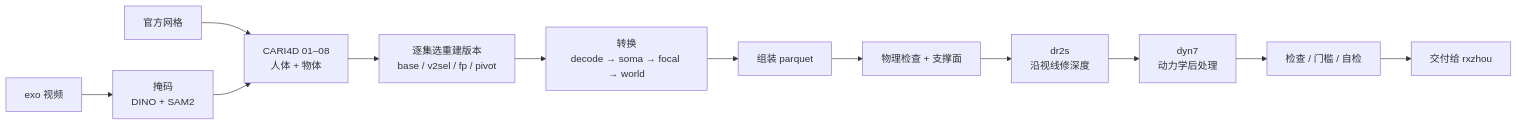
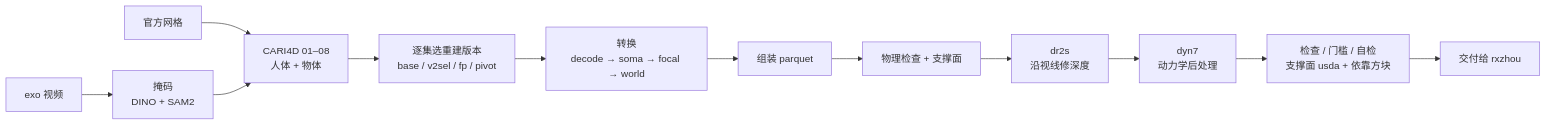
One commit to Manifold-ai/maniphys_lab_v2d_challenge changed the diagram in agent-doc/overview-tier3-pipeline-2026-10-20.md. Above: the diagram before and after it, drawn with Mermaid. The commit also changed other lines of this file, not shown here.

````diff
--- a/agent-doc/overview-tier3-pipeline-2026-10-20.md
+++ b/agent-doc/overview-tier3-pipeline-2026-10-20.md
@@ -27,14 +33,14 @@
 ```mermaid
 flowchart LR
   V[exo 视频] --> M[掩码<br/>DINO + SAM2]
   G[官方网格] --> C
   M --> C[CARI4D 01–08<br/>人体 + 物体]
   C --> S[逐集选重建版本<br/>base / v2sel / fp / pivot]
   S --> T[转换<br/>decode → soma → focal → world]
   T --> A[组装 parquet]
   A --> P1[物理检查 + 支撑面]
   P1 --> D[dr2s<br/>沿视线修深度]
   D --> Y[dyn7<br/>动力学后处理]
-  Y --> K[检查 / 门槛 / 自检]
+  Y --> K[检查 / 门槛 / 自检<br/>支撑面 usda + 依靠方块]
   K --> O[交付给 rxzhou]
 ```
````
